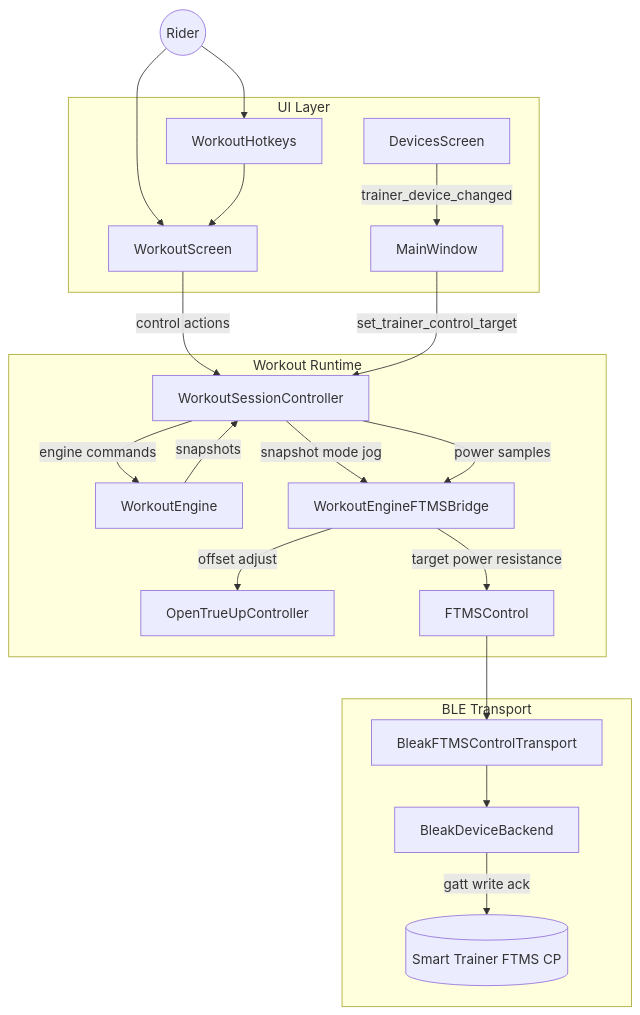
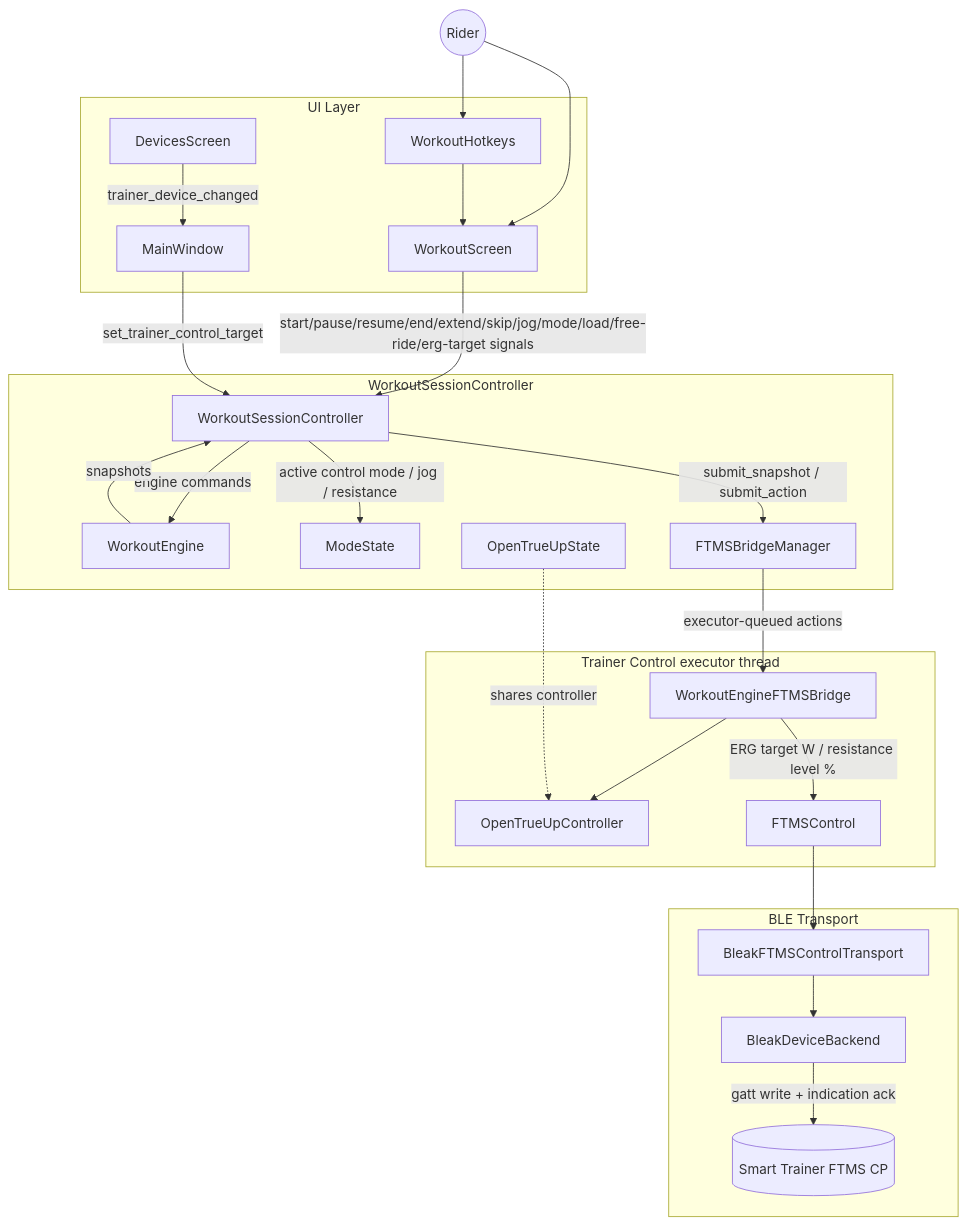
Before and after one commit to tbranyon/OpenCycleTrainer: the first of 4 diagrams in Docs/ArchitectureDiagram.md, drawn with Mermaid. The commit also changed other lines of this file and 57 other files, not shown here.

Commit message:
0.2.0 - intervals.icu upload, summary PDC in workout summary, BLE autopairing improvements, FTMS spindown calibration, custom reuseable workout blocks, mouseover details on workout charts, workout editing, improved pause handling, configurable jog persistence, toggles replacing checkboxes

````diff
--- a/Docs/ArchitectureDiagram.md
+++ b/Docs/ArchitectureDiagram.md
@@ -7,41 +8,49 @@
 ```mermaid
 flowchart TD
     rider((Rider))
 
     subgraph UI[UI Layer]
         hotkeys[WorkoutHotkeys]
         workout_screen[WorkoutScreen]
         devices_screen[DevicesScreen]
         main_window[MainWindow]
     end
 
-    subgraph Runtime[Workout Runtime]
+    subgraph Controller[WorkoutSessionController]
         controller[WorkoutSessionController]
         engine[WorkoutEngine]
+        mode_state[ModeState]
+        ot_state[OpenTrueUpState]
+        bridge_mgr[FTMSBridgeManager]
+    end
+
+    subgraph BridgeThread[Trainer Control executor thread]
         bridge[WorkoutEngineFTMSBridge]
         opentrueup[OpenTrueUpController]
         ftms_control[FTMSControl]
     end
 
     subgraph BLE[BLE Transport]
         ftms_transport[BleakFTMSControlTransport]
         ble_backend[BleakDeviceBackend]
         trainer[(Smart Trainer FTMS CP)]
     end
 
     rider --> hotkeys
     rider --> workout_screen
     hotkeys --> workout_screen
-    workout_screen -->|control actions| controller
+    workout_screen -->|start/pause/resume/end/extend/skip/jog/mode/load/free-ride/erg-target signals| controller
     controller -->|engine commands| engine
     engine -->|snapshots| controller
     devices_screen -->|trainer_device_changed| main_window
     main_window -->|set_trainer_control_target| controller
-    controller -->|snapshot mode jog| bridge
-    controller -->|power samples| bridge
-    bridge -->|offset adjust| opentrueup
-    bridge -->|target power resistance| ftms_control
+    controller -->|active control mode / jog / resistance| mode_state
+    controller -->|submit_snapshot / submit_action| bridge_mgr
+    bridge_mgr -->|executor-queued actions| bridge
+    bridge --> opentrueup
+    ot_state -.shares controller.-> opentrueup
+    bridge -->|ERG target W / resistance level %| ftms_control
     ftms_control --> ftms_transport
     ftms_transport --> ble_backend
-    ble_backend -->|gatt write ack| trainer
+    ble_backend -->|gatt write + indication ack| trainer
 ```
````
